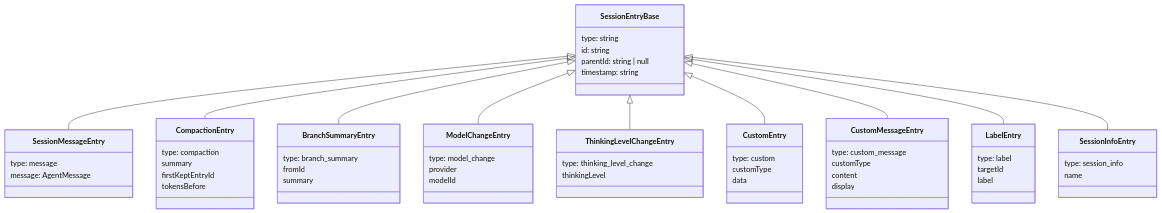
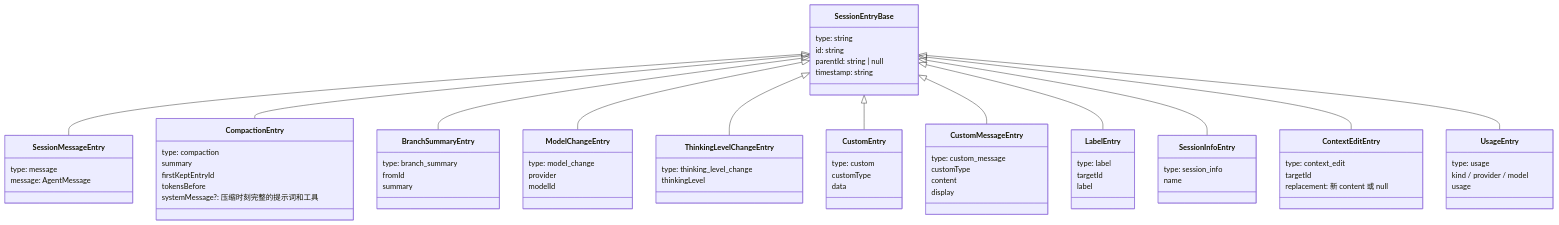
Before and after one commit to nickqiaoo/nickqiaoo.github.io: the fourth of 18 diagrams in src/content/post/agents-pi-mono/index.md, drawn with Mermaid. The commit also changed other lines of this file and 1 other file, not shown here.

````diff
--- a/src/content/post/agents-pi-mono/index.md
+++ b/src/content/post/agents-pi-mono/index.md
@@ -195,62 +219,75 @@
 ```mermaid
 classDiagram
   class SessionEntryBase {
     type: string
     id: string
     parentId: string | null
     timestamp: string
   }
   class SessionMessageEntry {
     type: message
     message: AgentMessage
   }
   class CompactionEntry {
     type: compaction
     summary
     firstKeptEntryId
     tokensBefore
+    systemMessage?: 压缩时刻完整的提示词和工具
+  }
+  class ContextEditEntry {
+    type: context_edit
+    targetId
+    replacement: 新 content 或 null
+  }
+  class UsageEntry {
+    type: usage
+    kind / provider / model
+    usage
   }
   class BranchSummaryEntry {
     type: branch_summary
     fromId
     summary
   }
   class ModelChangeEntry {
     type: model_change
     provider
     modelId
   }
   class ThinkingLevelChangeEntry {
     type: thinking_level_change
     thinkingLevel
   }
   class CustomEntry {
     type: custom
     customType
     data
   }
   class CustomMessageEntry {
     type: custom_message
     customType
     content
     display
   }
   class LabelEntry {
     type: label
     targetId
     label
   }
   class SessionInfoEntry {
     type: session_info
     name
   }
   SessionEntryBase <|-- SessionMessageEntry
   SessionEntryBase <|-- CompactionEntry
   SessionEntryBase <|-- BranchSummaryEntry
   SessionEntryBase <|-- ModelChangeEntry
   SessionEntryBase <|-- ThinkingLevelChangeEntry
   SessionEntryBase <|-- CustomEntry
   SessionEntryBase <|-- CustomMessageEntry
   SessionEntryBase <|-- LabelEntry
   SessionEntryBase <|-- SessionInfoEntry
+  SessionEntryBase <|-- ContextEditEntry
+  SessionEntryBase <|-- UsageEntry
 ```
````
